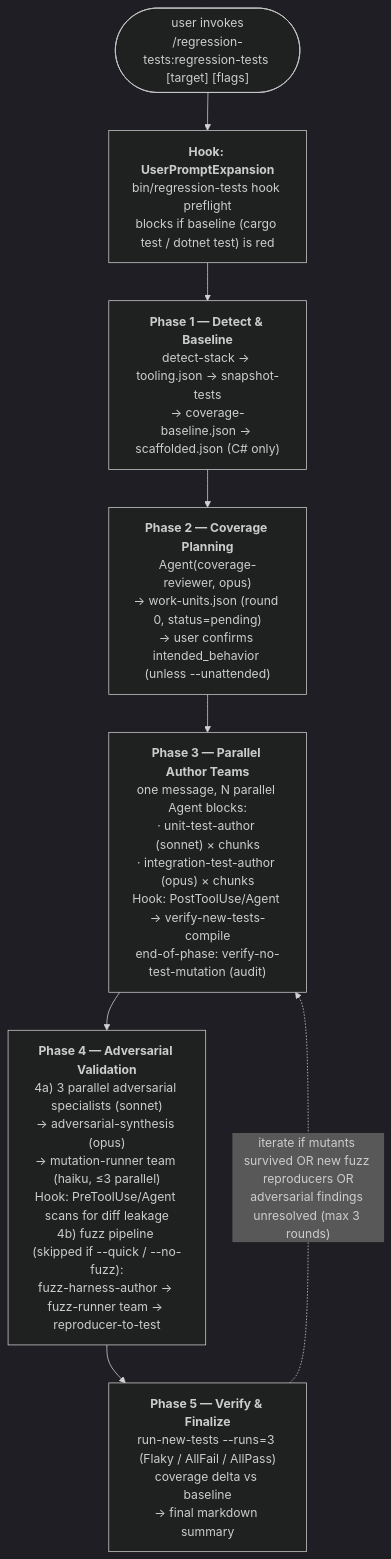
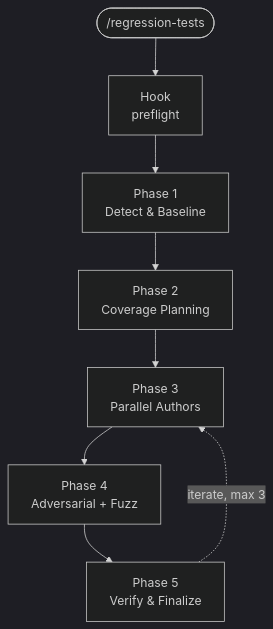
One commit to KemonoNeco/Straitjacket changed the second of 4 diagrams in docs/TECHNICAL.md. Above: the diagram before and after it, drawn with Mermaid (dark theme). The commit also changed other lines of this file, not shown here.

First line of the commit message:
Shorten mermaid node labels so they stop clipping on the right

````diff
--- a/docs/TECHNICAL.md
+++ b/docs/TECHNICAL.md
@@ -87,18 +95,13 @@
 ```mermaid
 flowchart TD
-    Start(["user invokes<br/>/regression-tests:regression-tests [target] [flags]"])
-    Hook["<b>Hook: UserPromptExpansion</b><br/>bin/regression-tests hook preflight<br/>blocks if baseline (cargo test / dotnet test) is red"]
-    P1["<b>Phase 1 — Detect &amp; Baseline</b><br/>detect-stack → tooling.json → snapshot-tests<br/>→ coverage-baseline.json → scaffolded.json (C# only)"]
-    P2["<b>Phase 2 — Coverage Planning</b><br/>Agent(coverage-reviewer, opus)<br/>→ work-units.json (round 0, status=pending)<br/>→ user confirms intended_behavior (unless --unattended)"]
-    P3["<b>Phase 3 — Parallel Author Teams</b><br/>one message, N parallel Agent blocks:<br/>· unit-test-author (sonnet) × chunks<br/>· integration-test-author (opus) × chunks<br/>Hook: PostToolUse/Agent → verify-new-tests-compile<br/>end-of-phase: verify-no-test-mutation (audit)"]
-    P4["<b>Phase 4 — Adversarial Validation</b><br/>4a) 3 parallel adversarial specialists (sonnet)<br/>→ adversarial-synthesis (opus)<br/>→ mutation-runner team (haiku, ≤3 parallel)<br/>Hook: PreToolUse/Agent scans for diff leakage<br/>4b) fuzz pipeline (skipped if --quick / --no-fuzz):<br/>fuzz-harness-author → fuzz-runner team → reproducer-to-test"]
-    P5["<b>Phase 5 — Verify &amp; Finalize</b><br/>run-new-tests --runs=3 (Flaky / AllFail / AllPass)<br/>coverage delta vs baseline<br/>→ final markdown summary"]
+    Start(["/regression-tests"])
+    Hook["Hook<br/>preflight"]
+    P1["Phase 1<br/>Detect &amp; Baseline"]
+    P2["Phase 2<br/>Coverage Planning"]
+    P3["Phase 3<br/>Parallel Authors"]
+    P4["Phase 4<br/>Adversarial + Fuzz"]
+    P5["Phase 5<br/>Verify &amp; Finalize"]
 
-    Start --> Hook
-    Hook --> P1
-    P1 --> P2
-    P2 --> P3
-    P3 --> P4
-    P4 --> P5
-    P5 -. "iterate if mutants survived OR new fuzz reproducers OR<br/>adversarial findings unresolved (max 3 rounds)" .-> P3
+    Start --> Hook --> P1 --> P2 --> P3 --> P4 --> P5
+    P5 -. "iterate, max 3" .-> P3
 ```
````
